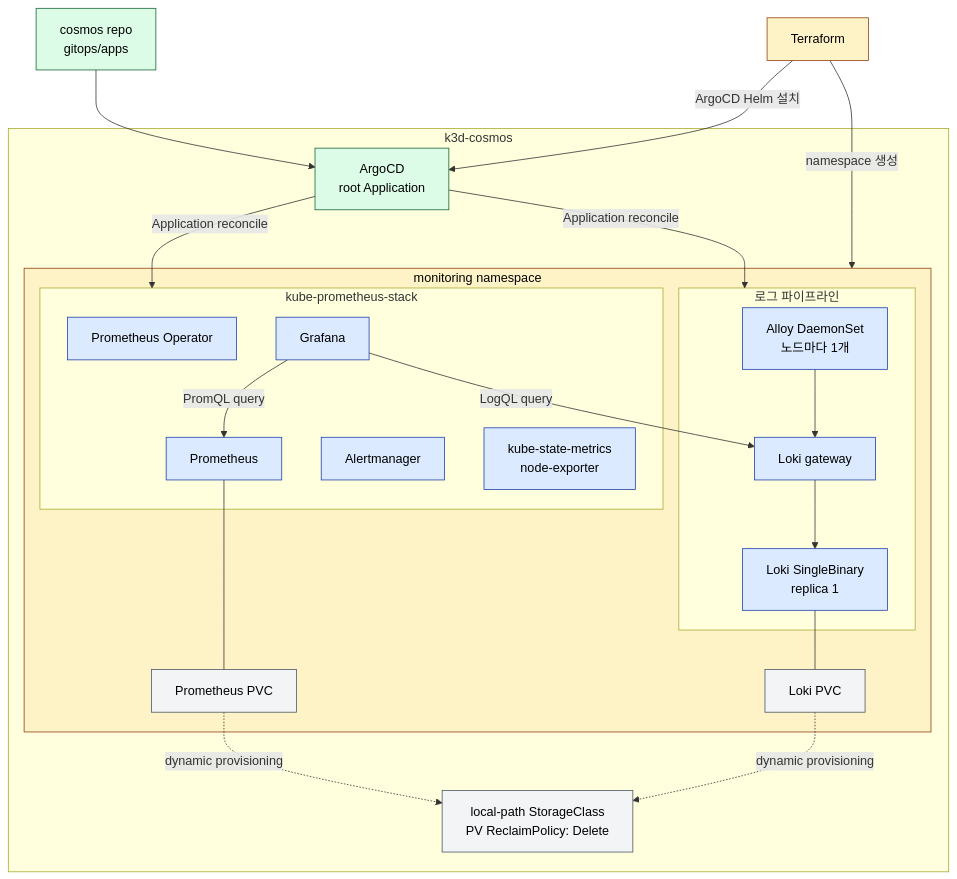
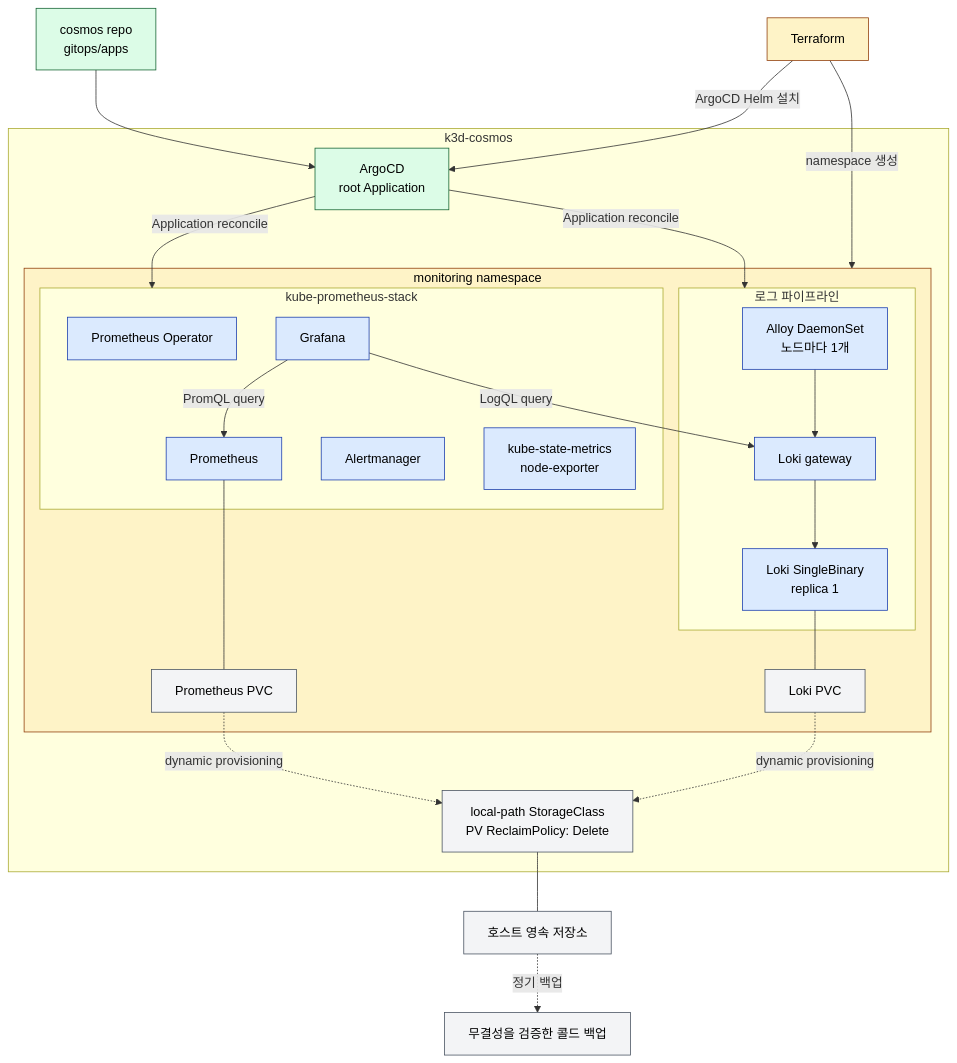
Before and after one commit to currenjin/currenjin.github.io: diagram 14 of 14 in _wiki/cosmos.md, drawn with Mermaid. The commit also changed other lines of this file and 1 other file, not shown here.

Commit message:
[verified] docs: document COSMOS persistent storage

````diff
--- a/_wiki/cosmos.md
+++ b/_wiki/cosmos.md
@@ -561,51 +561,56 @@
 ```mermaid
 flowchart TB
   Git["cosmos repo<br/>gitops/apps"]
   Terraform["Terraform"]
 
   subgraph Cluster["k3d-cosmos"]
     Argo["ArgoCD<br/>root Application"]
     Storage["local-path StorageClass<br/>PV ReclaimPolicy: Delete"]
 
     subgraph NS["monitoring namespace"]
       subgraph Metrics["kube-prometheus-stack"]
         Operator["Prometheus Operator"]
         Prom["Prometheus"]
         Graf["Grafana"]
         Alert["Alertmanager"]
         Exporters["kube-state-metrics<br/>node-exporter"]
       end
 
       subgraph Logs["로그 파이프라인"]
         Alloy["Alloy DaemonSet<br/>노드마다 1개"]
         Gateway["Loki gateway"]
         Loki["Loki SingleBinary<br/>replica 1"]
       end
 
       PromPVC["Prometheus PVC"]
       LokiPVC["Loki PVC"]
     end
   end
 
+  HostStorage["호스트 영속 저장소"]
+  ColdBackup["무결성을 검증한 콜드 백업"]
+
   Terraform --> |namespace 생성| NS
   Terraform --> |ArgoCD Helm 설치| Argo
   Git --> Argo
   Argo --> |Application reconcile| Metrics
   Argo --> |Application reconcile| Logs
   Prom --- PromPVC
   Loki --- LokiPVC
   PromPVC -. "dynamic provisioning" .-> Storage
   LokiPVC -. "dynamic provisioning" .-> Storage
+  Storage --- HostStorage
+  HostStorage -. "정기 백업" .-> ColdBackup
   Graf --> |PromQL query| Prom
   Graf --> |LogQL query| Gateway
   Alloy --> Gateway --> Loki
 
   classDef infra fill:#fef3c7,stroke:#92400e,color:#000
   classDef gitops fill:#dcfce7,stroke:#166534,color:#000
   classDef observe fill:#dbeafe,stroke:#1e40af,color:#000
   classDef storage fill:#f3f4f6,stroke:#4b5563,color:#000
   class Terraform,NS infra
   class Git,Argo gitops
   class Operator,Prom,Graf,Alert,Exporters,Alloy,Gateway,Loki observe
-  class PromPVC,LokiPVC,Storage storage
+  class PromPVC,LokiPVC,Storage,HostStorage,ColdBackup storage
 ```
````
